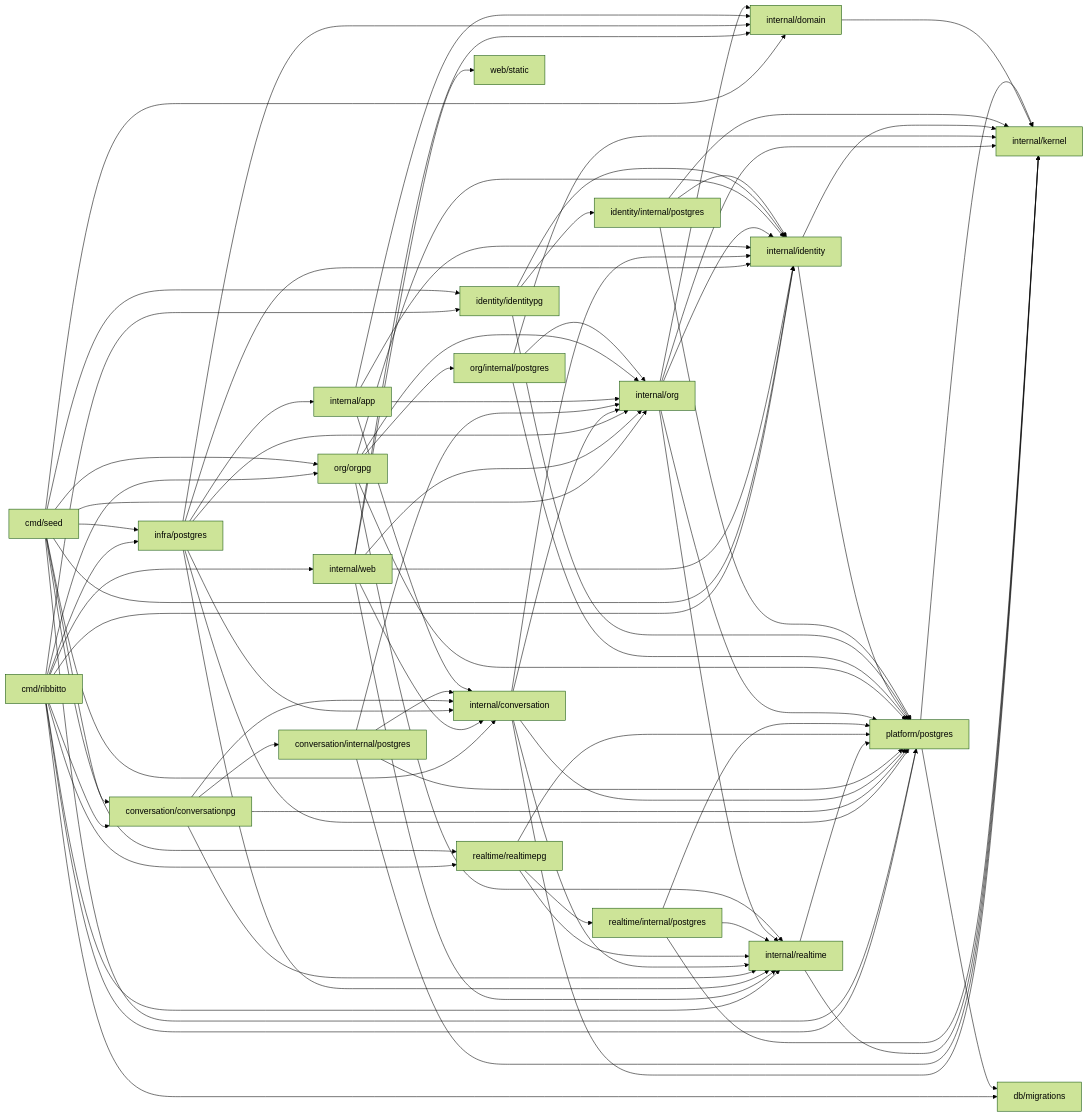
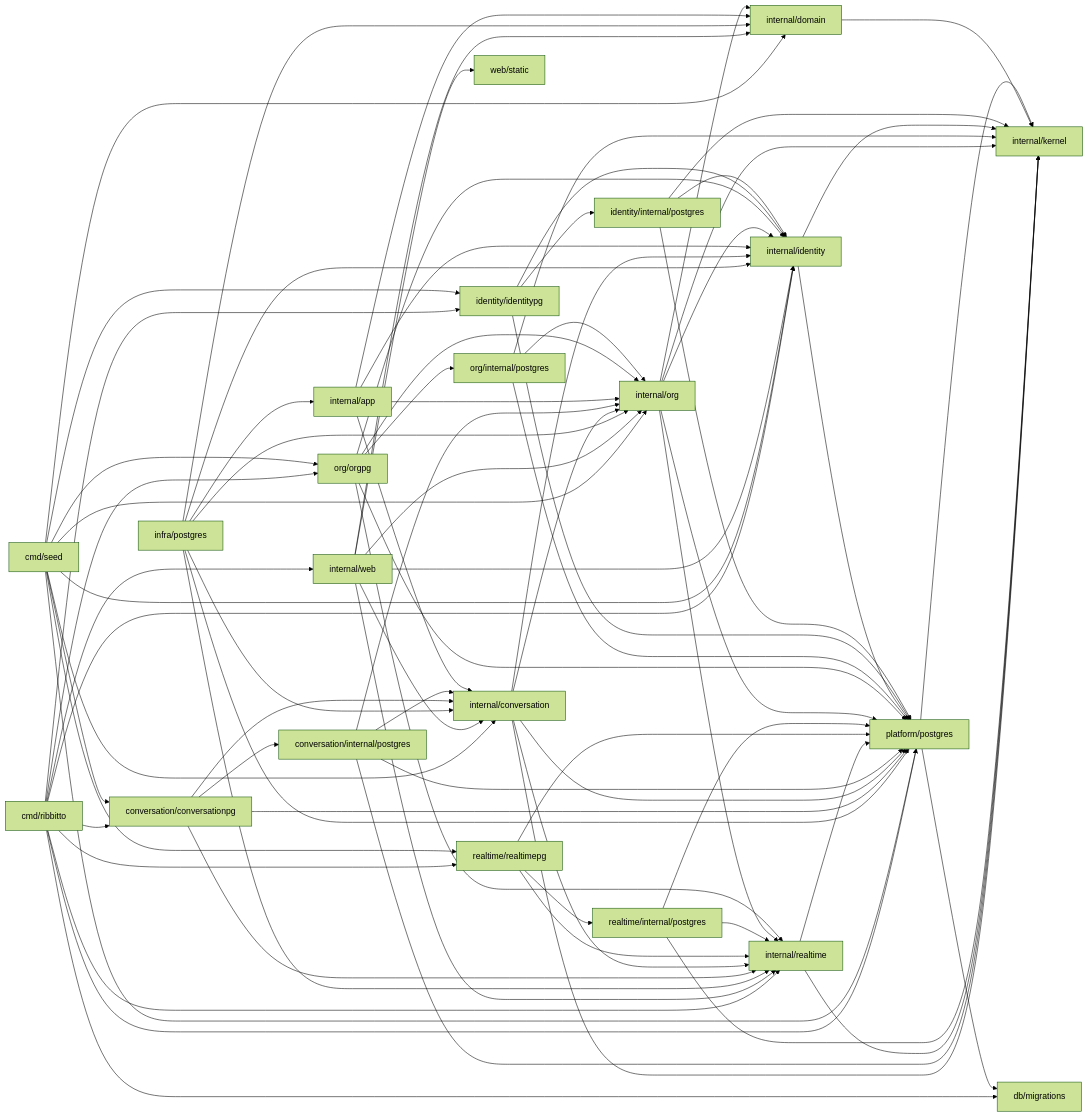
One commit to tkakkie/ribbitto changed the diagram in docs/architecture/packages.md. Above: the diagram before and after it, drawn with Mermaid (forest theme). The commit also changed 6 other files, not shown here.

First line of the commit message:
test(conversation): move branching's database tests to conversationpg

````diff
--- a/docs/architecture/packages.md
+++ b/docs/architecture/packages.md
@@ -38,22 +38,22 @@
 ```mermaid
 flowchart LR
-  cmd[cmd/ribbitto] --> web & orgpg[org/orgpg] & conversationpg[conversation/conversationpg] & identity & identitypg[identity/identitypg] & realtimepg & postgres[infra/postgres] & realtime & platform[platform/postgres] & migrations[db/migrations]
-  seed[cmd/seed] --> conversation & conversationpg & org & orgpg & identity & identitypg & realtimepg & postgres & platform & domain
+  cmd[cmd/ribbitto] --> web & orgpg[org/orgpg] & conversationpg[conversation/conversationpg] & identity & identitypg[identity/identitypg] & realtimepg & realtime & platform[platform/postgres] & migrations[db/migrations]
+  seed[cmd/seed] --> conversation & conversationpg & org & orgpg & identity & identitypg & realtimepg & platform & domain
   web[internal/web] --> org & conversation & identity & domain & realtime & static[web/static]
-  postgres --> app & org & conversation & identity & domain & platform & realtime
+  postgres[infra/postgres] --> app & org & conversation & identity & domain & platform & realtime
   conversationpg --> conversation[internal/conversation] & cstore[conversation/internal/postgres] & realtime & platform
   conversation --> identity & org & realtime & kernel & platform
   cstore --> conversation & org & platform & kernel
   realtime[internal/realtime] --> kernel & platform
   realtimepg[realtime/realtimepg] --> realtime & rstore[realtime/internal/postgres] & platform
   rstore --> realtime & platform & kernel
   app[internal/app] --> org & conversation & identity & domain[internal/domain]
   org[internal/org] --> identity & realtime & domain & kernel & platform
   orgpg --> org & ostore[org/internal/postgres] & platform & identity & realtime
   ostore --> org & platform & kernel
   identity[internal/identity] --> kernel & platform
   identitypg --> identity & store[identity/internal/postgres] & platform
   store --> identity & platform & kernel
   domain --> kernel[internal/kernel]
   platform --> kernel & migrations
 ```
````
